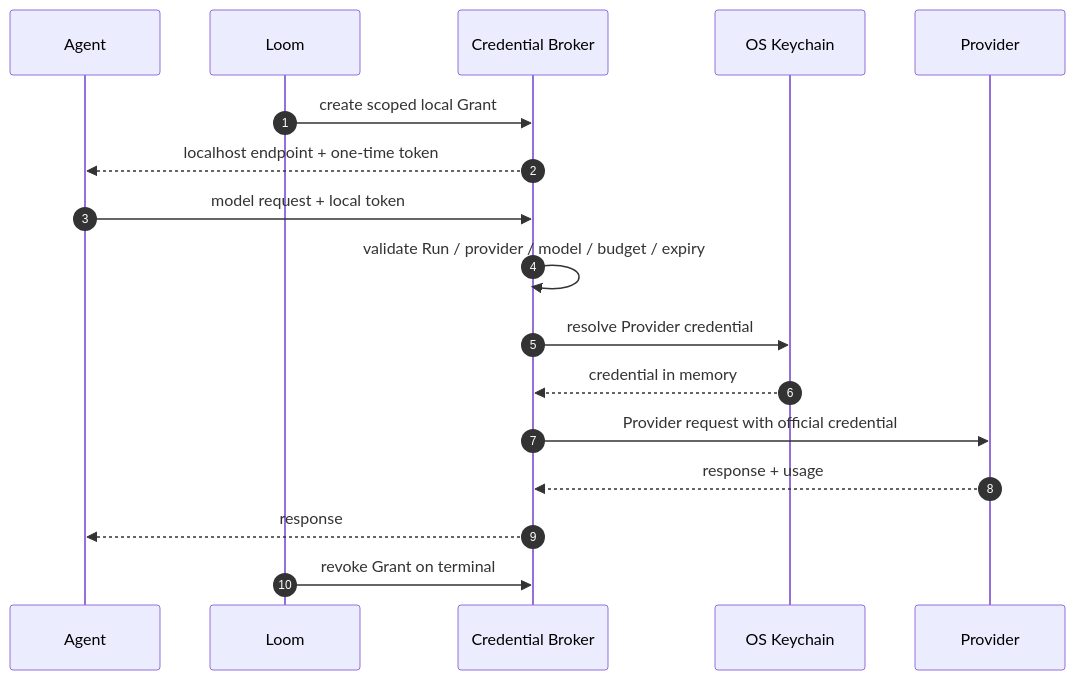
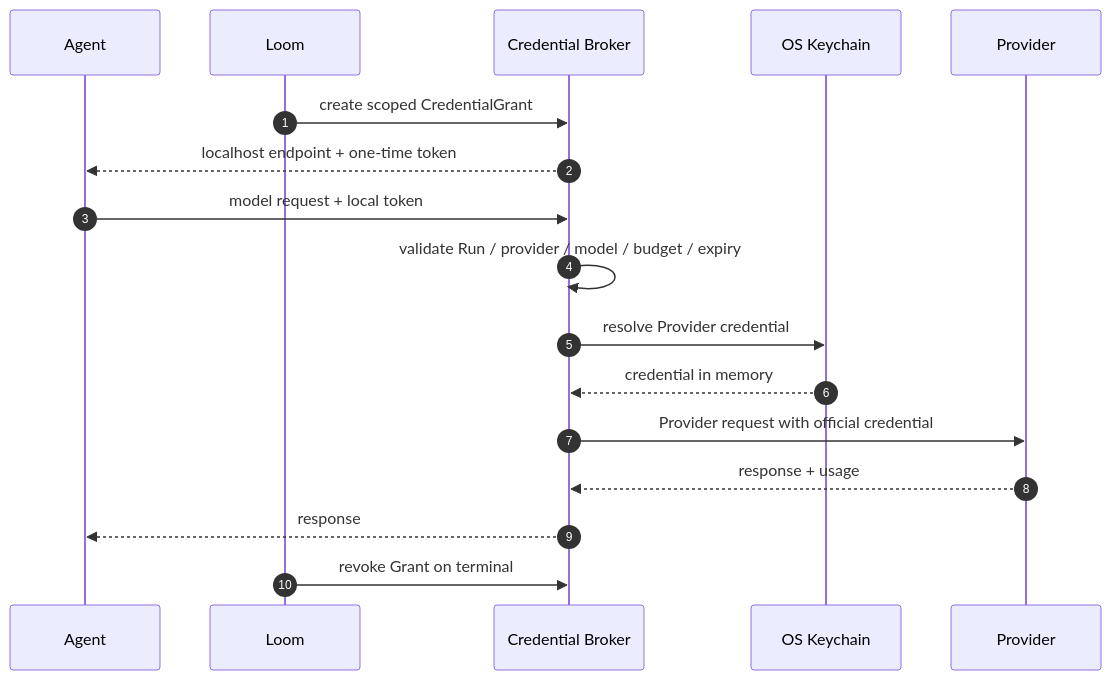
Before and after one commit to tttboy123/loom: the tenth of 13 diagrams in docs/ARCHITECTURE.md, drawn with Mermaid. The commit also changed other lines of this file and 26 other files, not shown here.

````diff
--- a/docs/ARCHITECTURE.md
+++ b/docs/ARCHITECTURE.md
@@ -284,20 +345,20 @@
 ```mermaid
 sequenceDiagram
     autonumber
     participant A as Agent
     participant L as Loom
     participant B as Credential Broker
     participant K as OS Keychain
     participant P as Provider
 
-    L->>B: create scoped local Grant
+    L->>B: create scoped CredentialGrant
     B-->>A: localhost endpoint + one-time token
     A->>B: model request + local token
     B->>B: validate Run / provider / model / budget / expiry
     B->>K: resolve Provider credential
     K-->>B: credential in memory
     B->>P: Provider request with official credential
     P-->>B: response + usage
     B-->>A: response
     L->>B: revoke Grant on terminal
 ```
````
